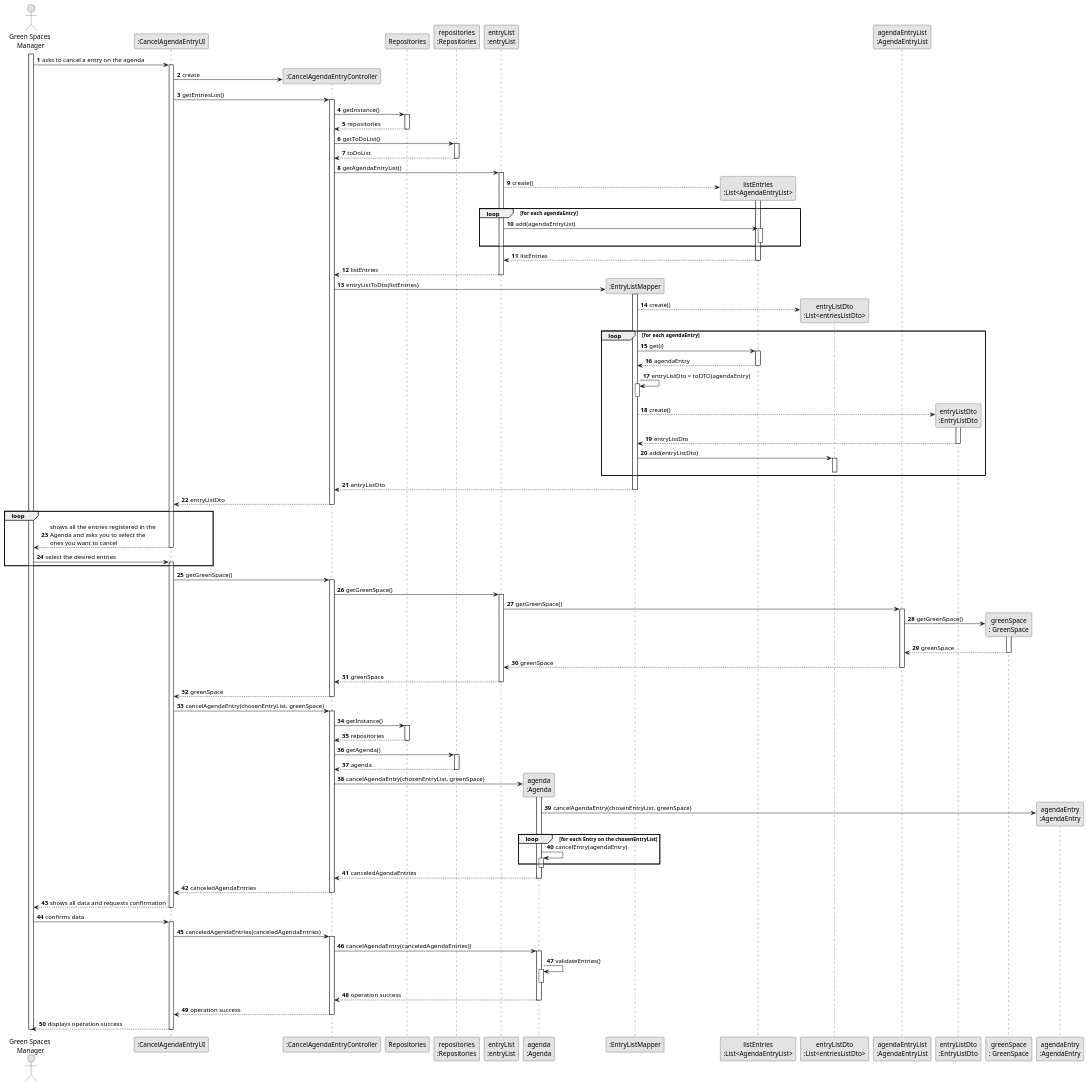
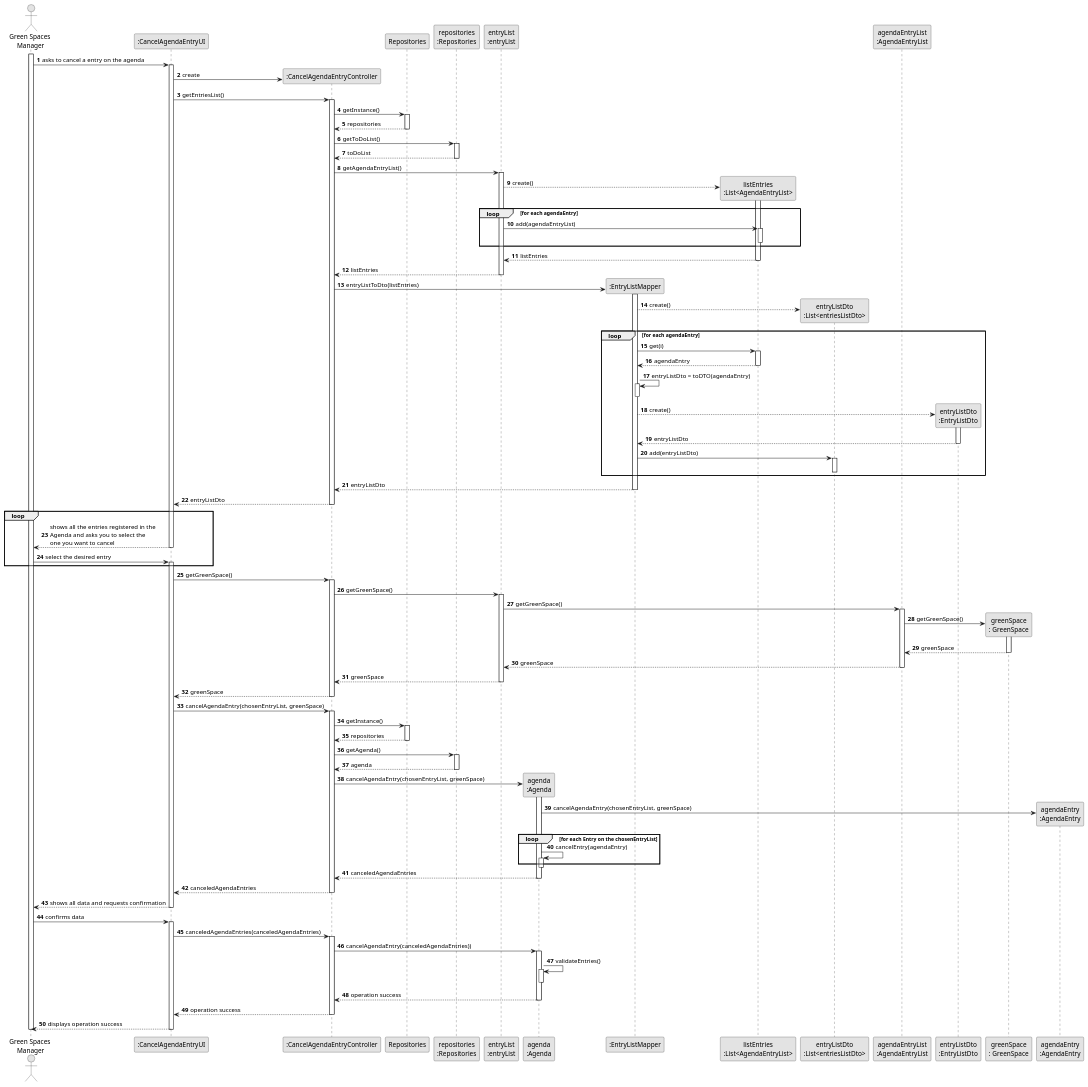
Before and after one commit to diogoveirospro/lei-24-s2-1dg-g072: the diagram in docs/sprintC/us025/03.design/puml/us025-sequence-diagram-full.puml, drawn with PlantUML. The commit also changed 21 other files, not shown here.

```diff
--- a/docs/sprintC/us025/03.design/puml/us025-sequence-diagram-full.puml
+++ b/docs/sprintC/us025/03.design/puml/us025-sequence-diagram-full.puml
@@ -1,190 +1,190 @@
 @startuml
 skinparam monochrome true
 skinparam packageStyle rectangle
 skinparam shadowing false
 
 autonumber
 
 'hide footbox
 actor "Green Spaces\n Manager" as GSM
 participant ":CancelAgendaEntryUI" as UI
 participant ":CancelAgendaEntryController" as CTRL
 participant Repositories
 participant "repositories\n:Repositories" as REP
 participant "entryList\n:entryList" as ENTRYLIST
 participant "agenda\n:Agenda" as AGENDA
 participant ":EntryListMapper" as ENTRYLISTMAPPER
 participant "listEntries\n:List<AgendaEntryList>" as LISTENTRIES
 participant "entryListDto\n:List<entriesListDto>" as TODOLISTDTO
 participant "agendaEntryList\n:AgendaEntryList" as AGENDAENTRYLIST
 participant "entryListDto\n:EntryListDto" as ENTRYLISTDTO
 participant "greenSpace\n: GreenSpace" as GREENSPACE
 participant "agendaEntry\n:AgendaEntry" as AGENDAENTRY
 
 activate GSM
 
     GSM -> UI : asks to cancel a entry on the agenda
     activate UI
 
         UI -> CTRL** : create
 
         UI -> CTRL : getEntriesList()
         activate CTRL
 
            CTRL -> Repositories: getInstance()
            activate Repositories
 
                 Repositories --> CTRL: repositories
            deactivate Repositories
 
            CTRL -> REP: getToDoList()
            activate REP
 
                 REP --> CTRL: toDoList
            deactivate REP
 
             CTRL -> ENTRYLIST : getAgendaEntryList()
             activate ENTRYLIST
 
                     ENTRYLIST --> LISTENTRIES** : create()
                     activate LISTENTRIES
 
                         loop for each agendaEntry
                             ENTRYLIST -> LISTENTRIES : add(agendaEntryList)
                             activate LISTENTRIES
                             deactivate LISTENTRIES
                         end
 
                         LISTENTRIES --> ENTRYLIST : listEntries
                     deactivate LISTENTRIES
 
 
                 ENTRYLIST --> CTRL : listEntries
             deactivate ENTRYLIST
 
             CTRL -> ENTRYLISTMAPPER** : entryListToDto(listEntries)
             activate ENTRYLISTMAPPER
 
                 ENTRYLISTMAPPER --> TODOLISTDTO** : create()
 
                 loop for each agendaEntry
                     ENTRYLISTMAPPER -> LISTENTRIES : get(i)
                     activate LISTENTRIES
 
                     LISTENTRIES --> ENTRYLISTMAPPER : agendaEntry
                     deactivate LISTENTRIES
 
                     ENTRYLISTMAPPER -> ENTRYLISTMAPPER : entryListDto = toDTO(agendaEntry)
                     activate ENTRYLISTMAPPER
                     deactivate ENTRYLISTMAPPER
 
                     ENTRYLISTMAPPER --> ENTRYLISTDTO** : create()
                     activate ENTRYLISTDTO
 
                     ENTRYLISTDTO --> ENTRYLISTMAPPER : entryListDto
                     deactivate ENTRYLISTDTO
 
                     ENTRYLISTMAPPER -> TODOLISTDTO : add(entryListDto)
                     activate TODOLISTDTO
                     deactivate TODOLISTDTO
 
                 end
 
                 ENTRYLISTMAPPER --> CTRL : entryListDto
             deactivate ENTRYLISTMAPPER
 
             CTRL --> UI : entryListDto
         deactivate CTRL
         loop
-        UI --> GSM: shows all the entries registered in the \nAgenda and asks you to select the \nones you want to cancel
+        UI --> GSM: shows all the entries registered in the \nAgenda and asks you to select the \none you want to cancel
     deactivate UI
 
-    GSM -> UI: select the desired entries
+    GSM -> UI: select the desired entry
     activate UI
         end
 
         UI -> CTRL : getGreenSpace()
         activate CTRL
 
             CTRL -> ENTRYLIST : getGreenSpace()
             activate ENTRYLIST
 
                 ENTRYLIST -> AGENDAENTRYLIST : getGreenSpace()
                 activate AGENDAENTRYLIST
 
                     AGENDAENTRYLIST -> GREENSPACE** : getGreenSpace()
                     activate GREENSPACE
 
                         GREENSPACE --> AGENDAENTRYLIST : greenSpace
                     deactivate GREENSPACE
 
                     AGENDAENTRYLIST --> ENTRYLIST : greenSpace
                 deactivate AGENDAENTRYLIST
 
                 ENTRYLIST --> CTRL : greenSpace
             deactivate ENTRYLIST
 
             CTRL --> UI : greenSpace
         deactivate CTRL
 
         UI -> CTRL : cancelAgendaEntry(chosenEntryList, greenSpace)
         activate CTRL
 
             CTRL -> Repositories: getInstance()
             activate Repositories
 
                 Repositories --> CTRL: repositories
             deactivate Repositories
 
             CTRL -> REP: getAgenda()
             activate REP
 
                 REP --> CTRL: agenda
             deactivate REP
 
             CTRL -> AGENDA** : cancelAgendaEntry(chosenEntryList, greenSpace)
             activate AGENDA
 
                 AGENDA -> AGENDAENTRY** : cancelAgendaEntry(chosenEntryList, greenSpace)
                 loop for each Entry on the chosenEntryList
                 AGENDA -> AGENDA : cancelEntry(agendaEntry)
                 activate AGENDA
                 end
                 deactivate AGENDA
                 deactivate AGENDAENTRY
 
                 AGENDA --> CTRL : canceledAgendaEntries
                 deactivate AGENDA
 
             CTRL --> UI : canceledAgendaEntries
             deactivate CTRL
 
         UI --> GSM: shows all data and requests confirmation
     deactivate UI
 
     GSM -> UI: confirms data
     activate UI
 
         UI -> CTRL : canceledAgendaEntries(canceledAgendaEntries)
         activate CTRL
 
             CTRL -> AGENDA : cancelAgendaEntry(canceledAgendaEntries))
             activate AGENDA
 
             AGENDA -> AGENDA : validateEntries()
             activate AGENDA
 
             deactivate AGENDA
 
             AGENDA --> CTRL : operation success
             deactivate AGENDA
 
             CTRL --> UI : operation success
         deactivate CTRL
 
         UI --> GSM: displays operation success
     deactivate UI
 
 deactivate GSM
 
 @enduml
```
